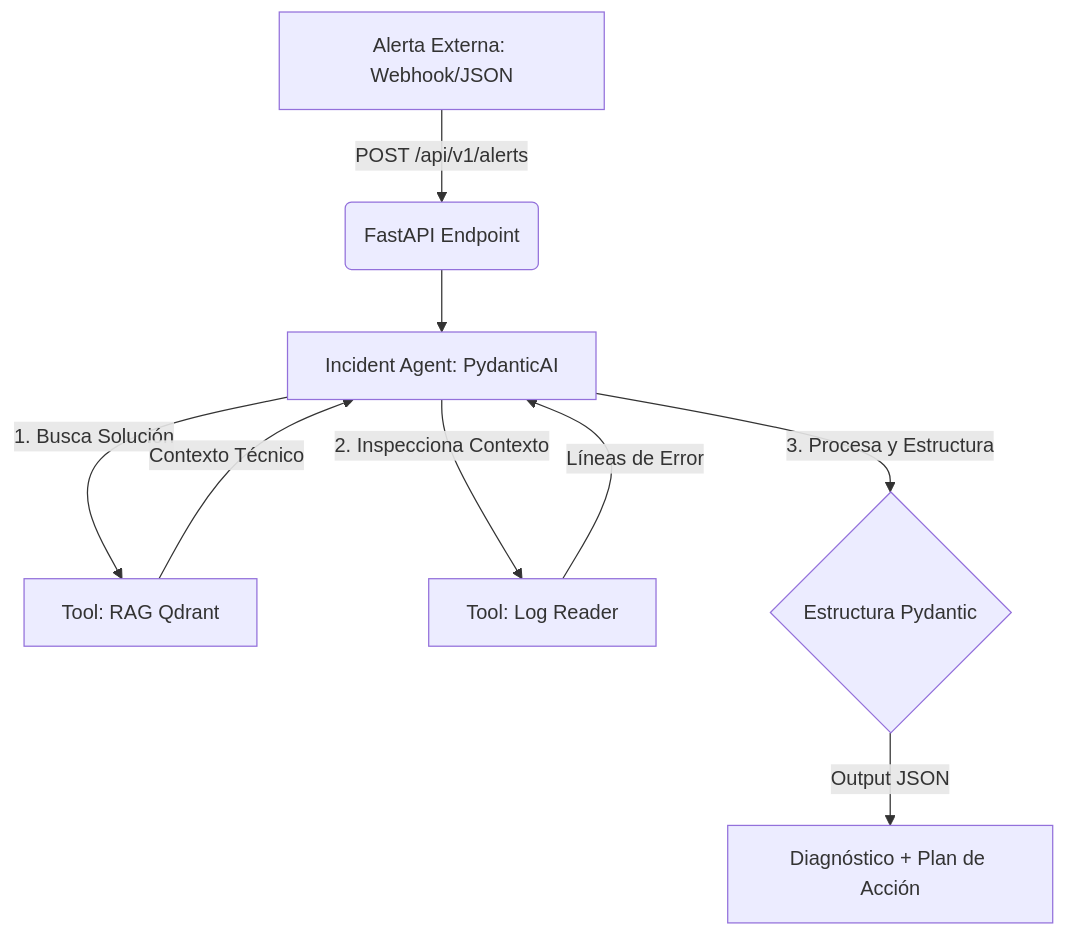
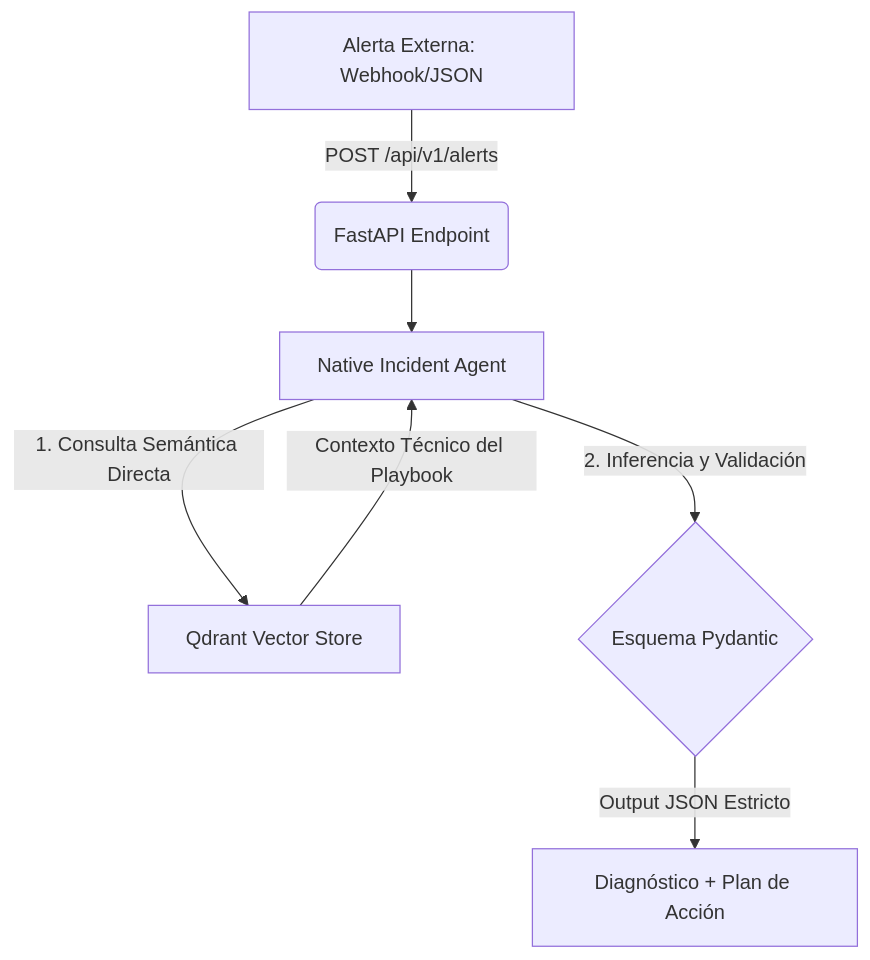
The diagram in README.md (AbelRodriguez97/on-call-ai-responder), drawn with Mermaid before and after one commit. The commit also changed other lines of this file, not shown here.

````diff
--- a/README.md
+++ b/README.md
@@ -9,11 +9,9 @@
 ```mermaid
 graph TD
     A[Alerta Externa: Webhook/JSON] -->|POST /api/v1/alerts| B(FastAPI Endpoint)
-    B --> C[Incident Agent: PydanticAI]
-    C -->|1. Busca Solución| D[Tool: RAG Qdrant]
-    C -->|2. Inspecciona Contexto| E[Tool: Log Reader]
-    D -->|Contexto Técnico| C
-    E -->|Líneas de Error| C
-    C -->|3. Procesa y Estructura| F{Estructura Pydantic}
-    F -->|Output JSON| G[Diagnóstico + Plan de Acción]
+    B --> C[Native Incident Agent]
+    C -->|1. Consulta Semántica Directa| D[Qdrant Vector Store]
+    D -->|Contexto Técnico del Playbook| C
+    C -->|2. Inferencia y Validación| F{Esquema Pydantic}
+    F -->|Output JSON Estricto| G[Diagnóstico + Plan de Acción]
 ```
````
